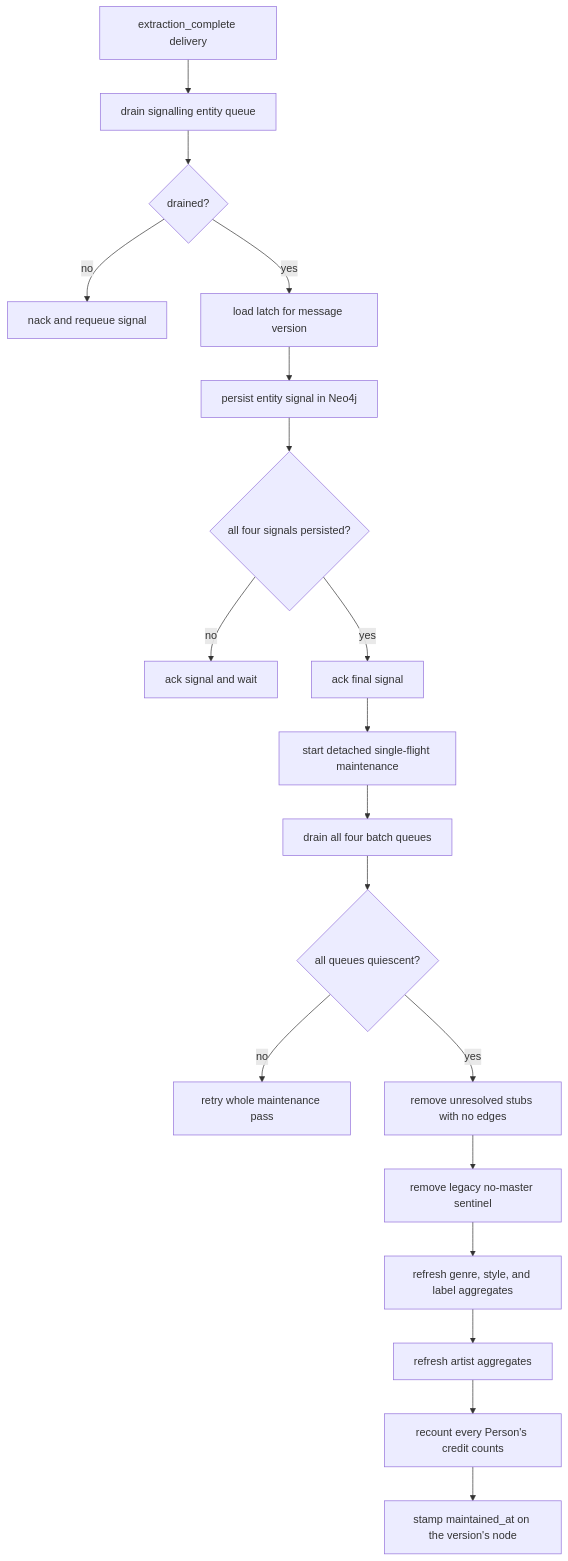
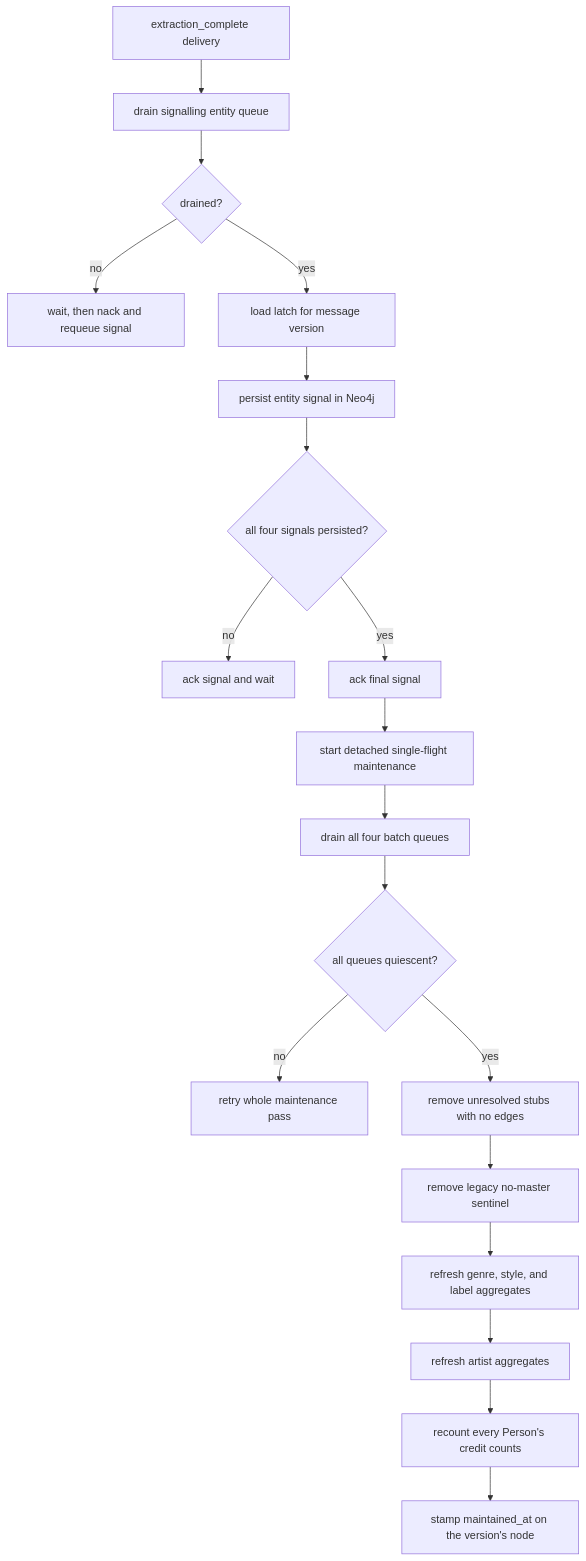
The diagram in docs/file-completion-tracking.md (groovemap-music/discogs-graph-enricher), drawn with Mermaid before and after one commit. The commit also changed other lines of this file and 8 other files, not shown here.

````diff
--- a/docs/file-completion-tracking.md
+++ b/docs/file-completion-tracking.md
@@ -24,21 +44,21 @@
 ```mermaid
 flowchart TD
     A[extraction_complete delivery] --> B[drain signalling entity queue]
     B --> C{drained?}
-    C -->|no| D[nack and requeue signal]
+    C -->|no| D[wait, then nack and requeue signal]
     C -->|yes| E[load latch for message version]
     E --> F[persist entity signal in Neo4j]
     F --> G{all four signals persisted?}
     G -->|no| H[ack signal and wait]
     G -->|yes| I[ack final signal]
     I --> J[start detached single-flight maintenance]
     J --> K[drain all four batch queues]
     K --> L{all queues quiescent?}
     L -->|no| M[retry whole maintenance pass]
     L -->|yes| N[remove unresolved stubs with no edges]
     N --> S[remove legacy no-master sentinel]
     S --> O[refresh genre, style, and label aggregates]
     O --> R[refresh artist aggregates]
     R --> P[recount every Person's credit counts]
     P --> Q[stamp maintained_at on the version's node]
 ```
````
